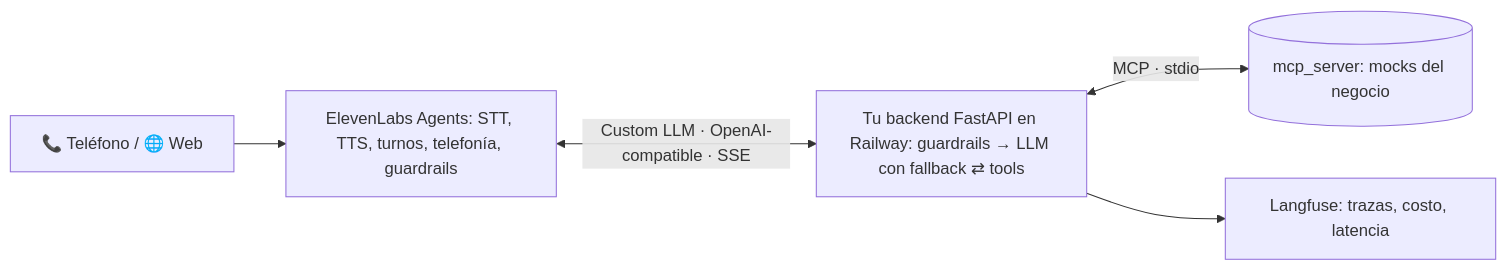
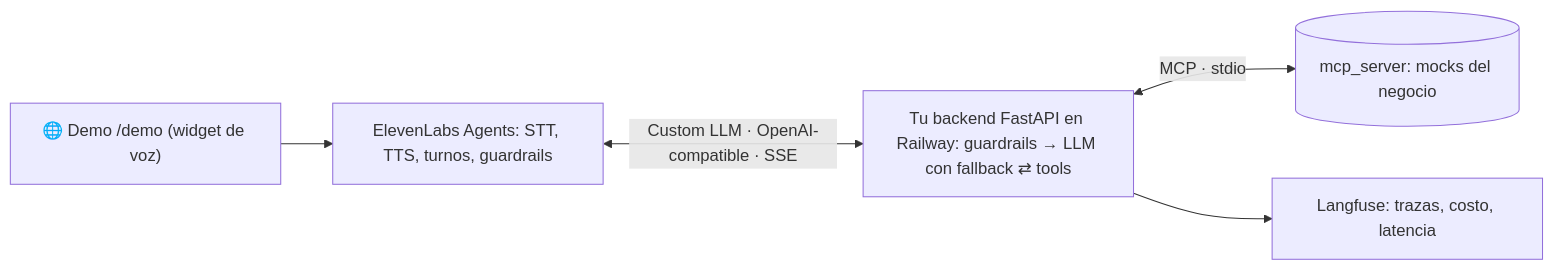
Before and after one commit to cabustillo13/AI_E2_PI_M4: the diagram in README.md, drawn with Mermaid. The commit also changed other lines of this file and 14 other files, not shown here.

Commit message:
Scaffold: demo pública de voz, trazas en streaming y sin telefonía

````diff
--- a/README.md
+++ b/README.md
@@ -46,7 +47,7 @@
 ```mermaid
 flowchart LR
-    canal["📞 Teléfono / 🌐 Web"] --> EL["ElevenLabs Agents: STT, TTS, turnos, telefonía, guardrails"]
+    canal["🌐 Demo /demo (widget de voz)"] --> EL["ElevenLabs Agents: STT, TTS, turnos, guardrails"]
     EL <-->|"Custom LLM · OpenAI-compatible · SSE"| BE["Tu backend FastAPI en Railway: guardrails → LLM con fallback ⇄ tools"]
     BE <-->|"MCP · stdio"| MCP[("mcp_server: mocks del negocio")]
     BE --> LF["Langfuse: trazas, costo, latencia"]
 ```
````
